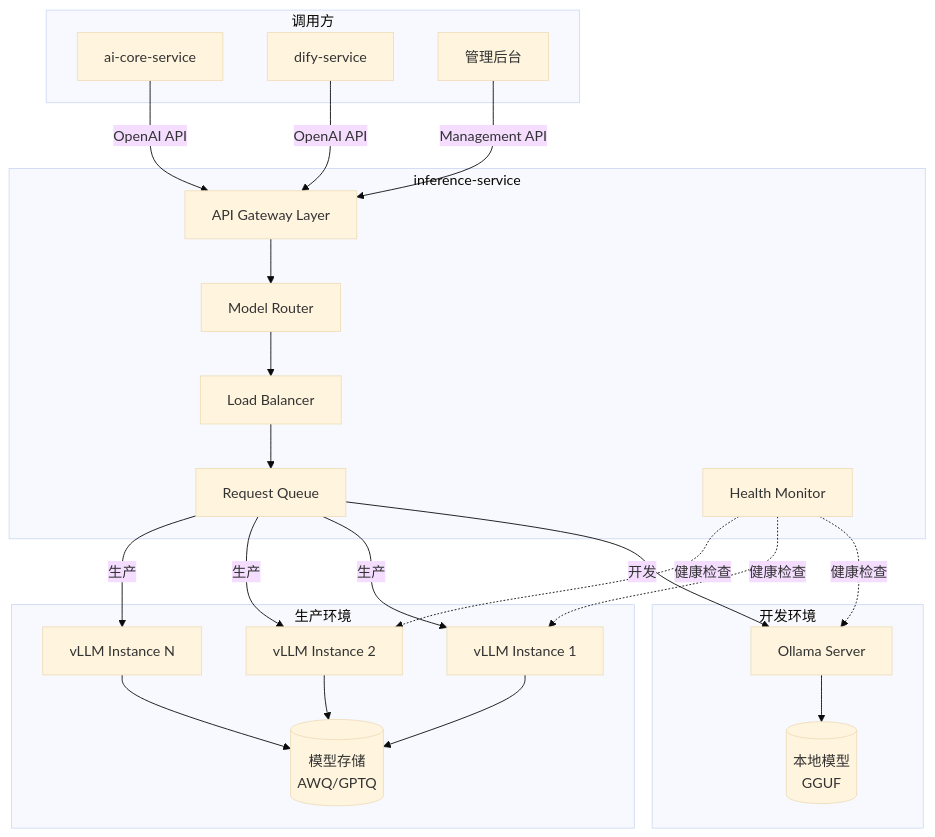
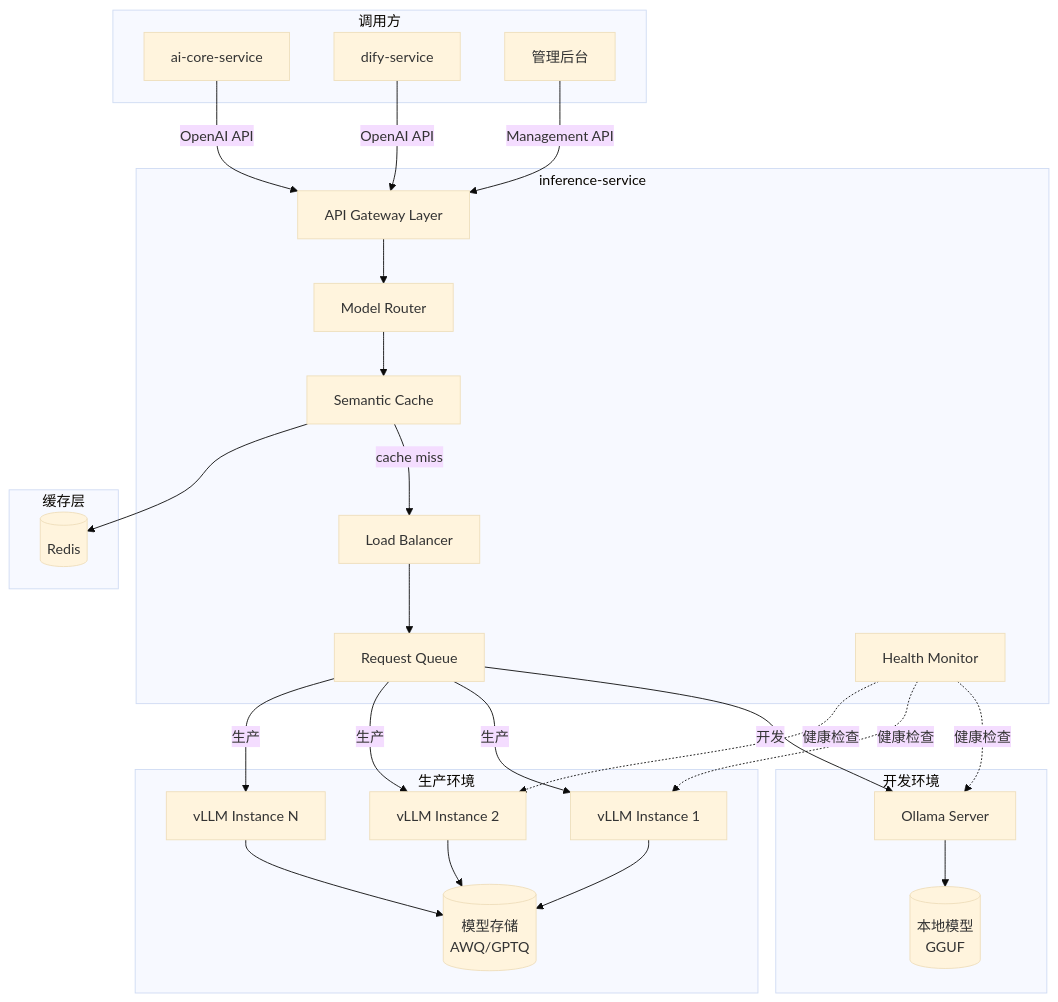
Before and after one commit to hanwei808/ai-product-production-guide: the second of 17 diagrams in 开发计划/服务设计/02-inference-service-design.md, drawn with Mermaid (base theme). The commit also changed other lines of this file and 3 other files, not shown here.

````diff
--- a/开发计划/服务设计/02-inference-service-design.md
+++ b/开发计划/服务设计/02-inference-service-design.md
@@ -51,50 +51,57 @@
 ```mermaid
 graph TD
     subgraph 调用方
         Core[ai-core-service]
         Dify[dify-service]
         Admin[管理后台]
     end
 
     subgraph inference-service
         Gateway[API Gateway Layer]
         Router[Model Router]
         LB[Load Balancer]
         Queue[Request Queue]
         Monitor[Health Monitor]
+        SemanticCache[Semantic Cache]
+    end
+
+    subgraph 缓存层
+        Redis[(Redis)]
     end
 
     subgraph 开发环境
         Ollama[Ollama Server]
         OllamaModels[(本地模型<br/>GGUF)]
     end
 
     subgraph 生产环境
         vLLM1[vLLM Instance 1]
         vLLM2[vLLM Instance 2]
         vLLMN[vLLM Instance N]
         ModelStore[(模型存储<br/>AWQ/GPTQ)]
     end
 
     Core -->|OpenAI API| Gateway
     Dify -->|OpenAI API| Gateway
     Admin -->|Management API| Gateway
 
     Gateway --> Router
-    Router --> LB
+    Router --> SemanticCache
+    SemanticCache -->|cache miss| LB
+    SemanticCache --> Redis
     LB --> Queue
 
     Queue -->|开发| Ollama
     Ollama --> OllamaModels
 
     Queue -->|生产| vLLM1
     Queue -->|生产| vLLM2
     Queue -->|生产| vLLMN
     vLLM1 --> ModelStore
     vLLM2 --> ModelStore
     vLLMN --> ModelStore
 
     Monitor -.->|健康检查| Ollama
     Monitor -.->|健康检查| vLLM1
     Monitor -.->|健康检查| vLLM2
 ```
````
